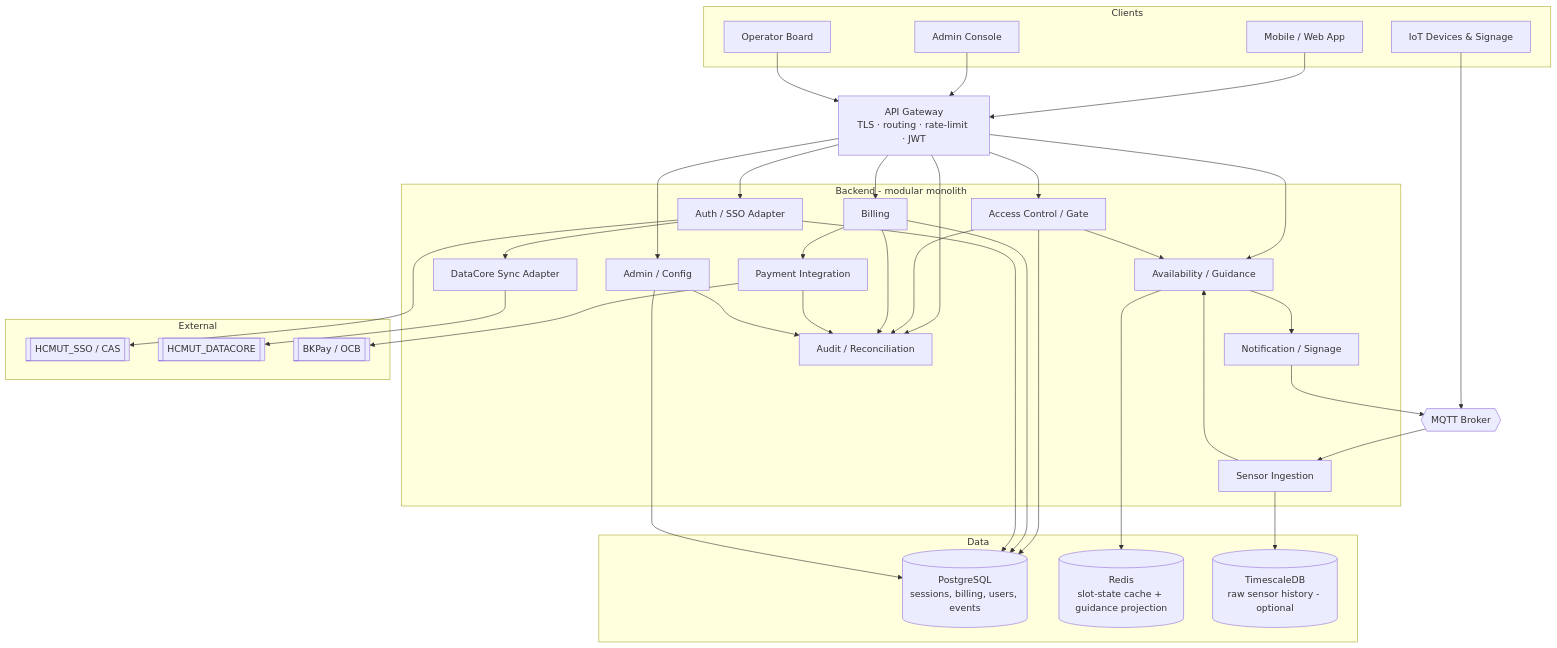
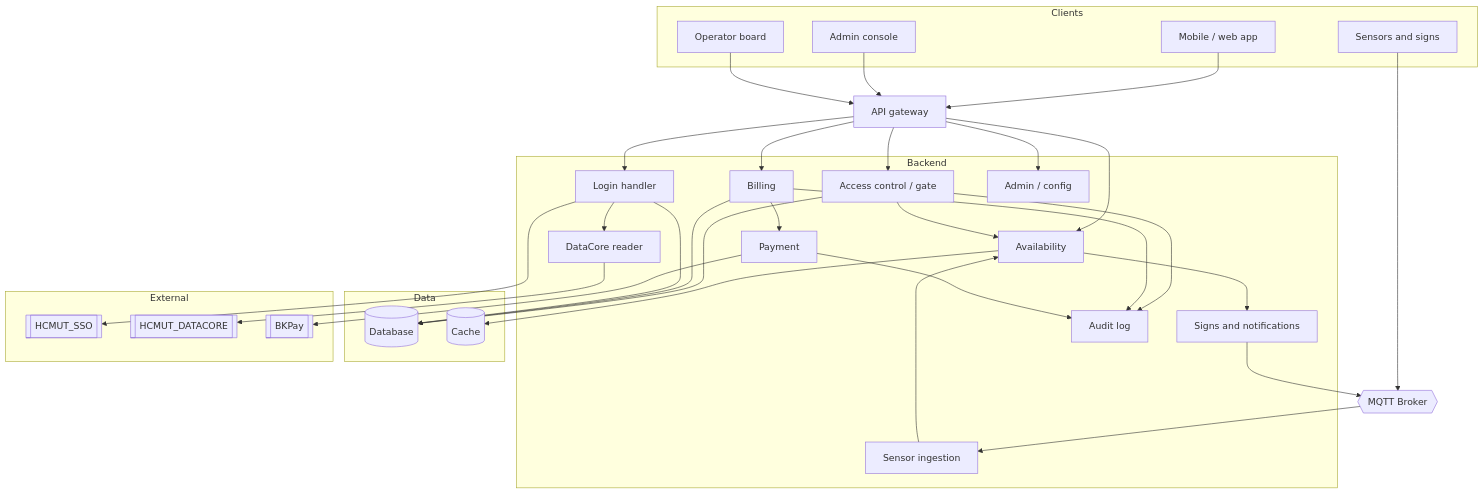
The first of 4 diagrams in docs/03-design.md (XeminoL/SmartParking_-IoT-SPMS-), drawn with Mermaid before and after one commit. The commit also changed other lines of this file and 14 other files, not shown here.

````diff
--- a/docs/03-design.md
+++ b/docs/03-design.md
@@ -43,54 +33,64 @@
 ```mermaid
 flowchart TB
     subgraph Clients
-        Mob[Mobile / Web App]
-        Adm[Admin Console]
-        Ops[Operator Board]
-        Dev[IoT Devices & Signage]
+        Mob[Mobile / web app]
+        Adm[Admin console]
+        Ops[Operator board]
+        Dev[Sensors and signs]
     end
 
-    GW[API Gateway<br/>TLS · routing · rate-limit · JWT]
+    GW[API gateway]
 
-    subgraph Core [Backend - modular monolith]
-        Auth[Auth / SSO Adapter]
-        Access[Access Control / Gate]
-        Ingest[Sensor Ingestion]
-        Avail[Availability / Guidance]
+    subgraph Core [Backend]
+        Auth[Login handler]
+        Access[Access control / gate]
+        Ingest[Sensor ingestion]
+        Avail[Availability]
         Bill[Billing]
-        Pay[Payment Integration]
-        Sync[DataCore Sync Adapter]
-        AdminCfg[Admin / Config]
-        Notif[Notification / Signage]
-        Audit[Audit / Reconciliation]
+        Pay[Payment]
+        Sync[DataCore reader]
+        AdminCfg[Admin / config]
+        Notif[Signs and notifications]
+        Audit[Audit log]
     end
 
     subgraph Data
-        PG[(PostgreSQL<br/>sessions, billing, users, events)]
-        RD[(Redis<br/>slot-state cache + guidance projection)]
-        TS[(TimescaleDB<br/>raw sensor history - optional)]
+        PG[(Database)]
+        RD[(Cache)]
     end
 
     subgraph External
-        CAS[[HCMUT_SSO / CAS]]
+        CAS[[HCMUT_SSO]]
         DC[[HCMUT_DATACORE]]
-        BK[[BKPay / OCB]]
+        BK[[BKPay]]
     end
 
     Broker{{MQTT Broker}}
 
-    Mob & Adm & Ops --> GW
+    Mob --> GW
+    Adm --> GW
+    Ops --> GW
     Dev --> Broker
-    GW --> Auth & Access & Avail & Bill & AdminCfg & Audit
+    GW --> Auth
+    GW --> Access
+    GW --> Avail
+    GW --> Bill
+    GW --> AdminCfg
     Broker --> Ingest
     Ingest --> Avail
     Access --> Avail
-    Avail --> Notif --> Broker
-    Bill --> Pay --> BK
+    Avail --> Notif
+    Notif --> Broker
+    Bill --> Pay
+    Pay --> BK
     Auth --> CAS
     Sync --> DC
     Auth --> Sync
-    Access & Bill & Pay & AdminCfg --> Audit
-    Access & Bill & Auth & AdminCfg --> PG
+    Access --> Audit
+    Bill --> Audit
+    Pay --> Audit
+    Access --> PG
+    Bill --> PG
+    Auth --> PG
     Avail --> RD
-    Ingest --> TS
 ```
````
